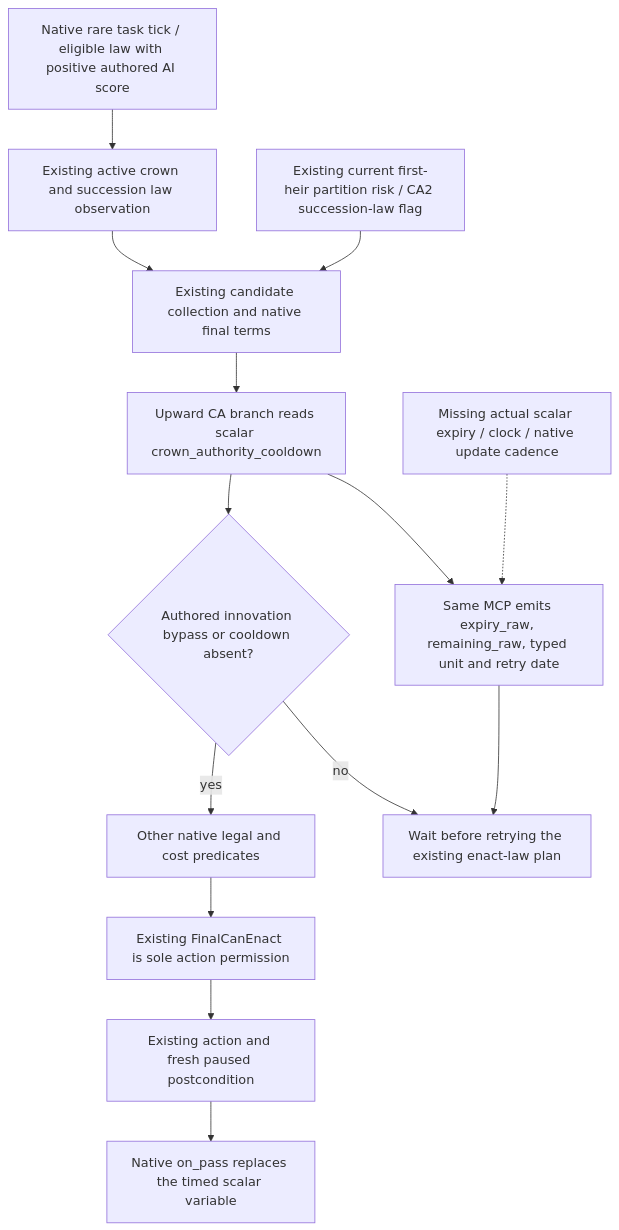
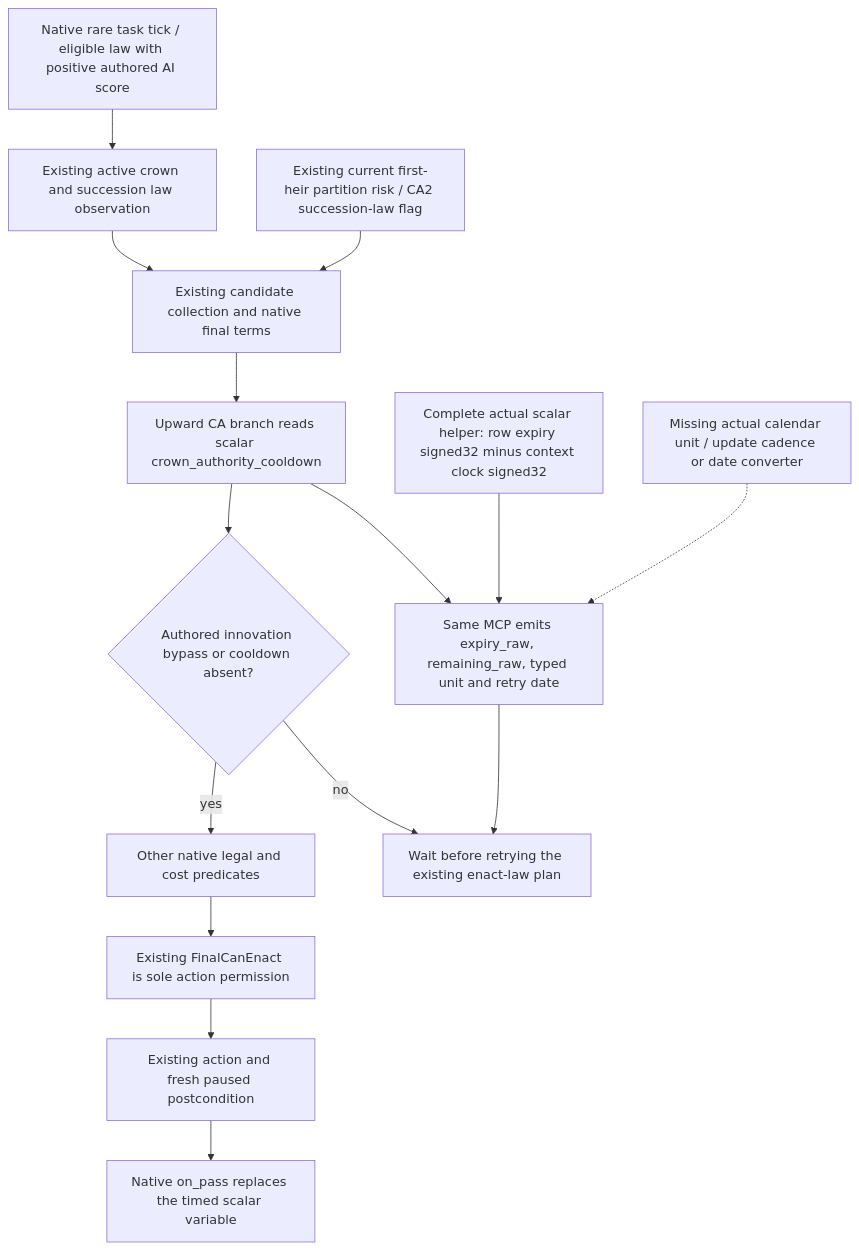
One commit to XenoAmess/ck3_eternal_recurrence changed the diagram in docs/ck3-native-ai/crown-authority-cooldown-observer-12004.md. Above: the diagram before and after it, drawn with Mermaid. The commit also changed other lines of this file and 1 other file, not shown here.

Commit message:
Record actual scalar cooldown getter and clock source

````diff
--- a/docs/ck3-native-ai/crown-authority-cooldown-observer-12004.md
+++ b/docs/ck3-native-ai/crown-authority-cooldown-observer-12004.md
@@ -13,16 +13,17 @@
 ```mermaid
 flowchart TD
   N[Native rare task tick / eligible law with positive authored AI score] --> A[Existing active crown and succession law observation]
   A --> C[Existing candidate collection and native final terms]
   C --> V[Upward CA branch reads scalar crown_authority_cooldown]
   V --> B{Authored innovation bypass or cooldown absent?}
   B -->|yes| P[Other native legal and cost predicates]
   B -->|no| W[Wait before retrying the existing enact-law plan]
   P --> F[Existing FinalCanEnact is sole action permission]
   F --> O[Existing action and fresh paused postcondition]
   O --> E[Native on_pass replaces the timed scalar variable]
-  U[Missing actual scalar expiry / clock / native update cadence] -.-> T[Same MCP emits expiry_raw, remaining_raw, typed unit and retry date]
+  S[Complete actual scalar helper: row expiry signed32 minus context clock signed32] --> T[Same MCP emits expiry_raw, remaining_raw, typed unit and retry date]
+  U[Missing actual calendar unit / update cadence or date converter] -.-> T
   V --> T
   T --> W
   H[Existing current first-heir partition risk / CA2 succession-law flag] --> C
 ```
````
